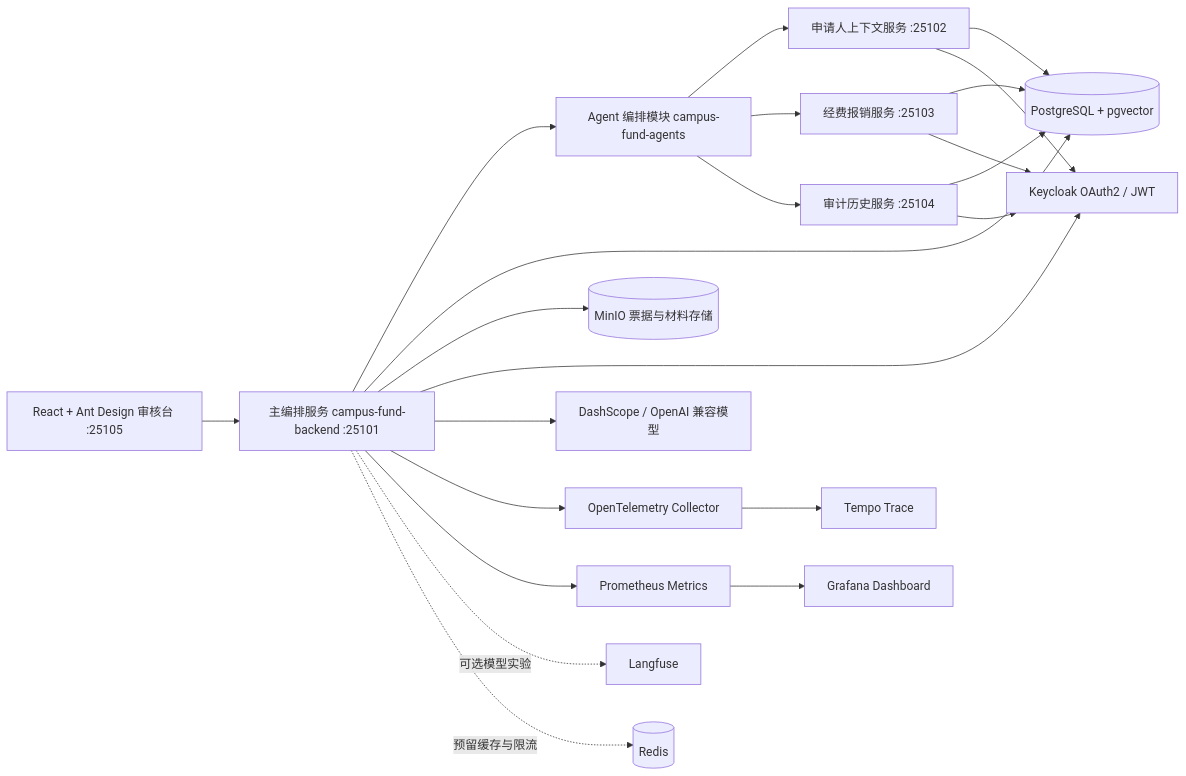
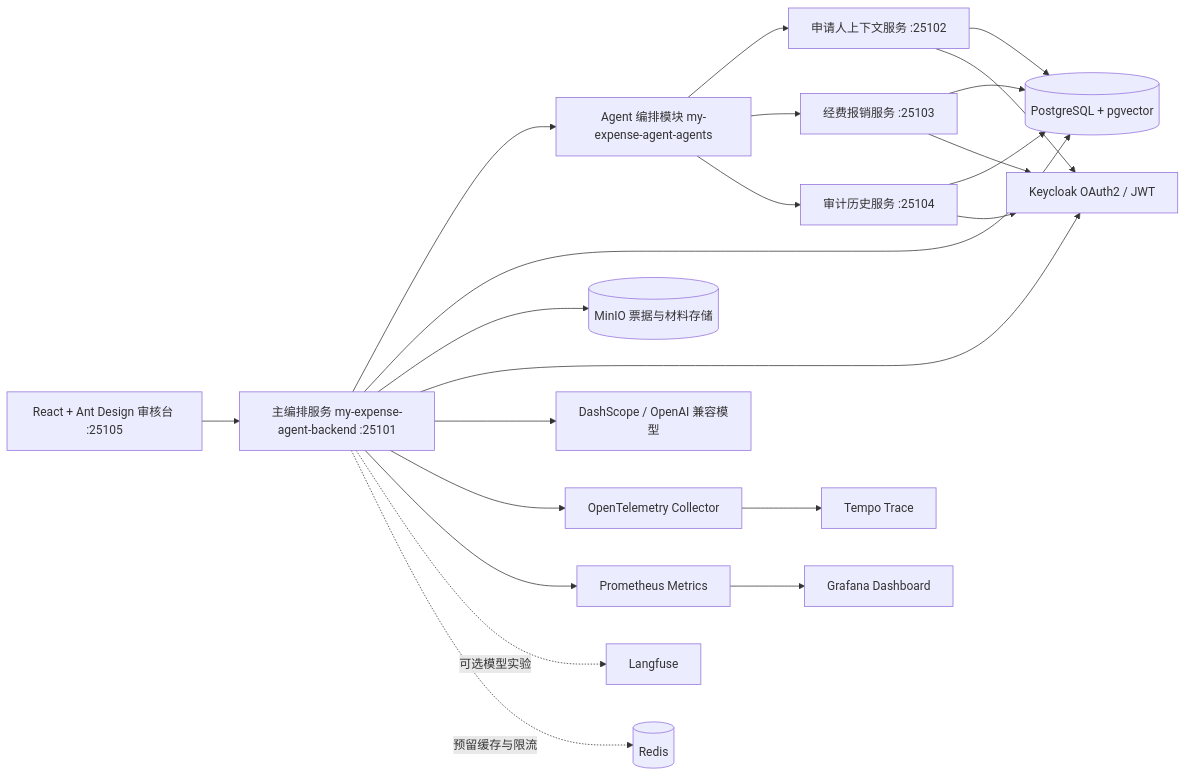
Before and after one commit to yangaobo0235/my-expense-agent: the diagram in README.md, drawn with Mermaid. The commit also changed other lines of this file and 81 other files, not shown here.

````diff
--- a/README.md
+++ b/README.md
@@ -49,29 +49,29 @@
 ```mermaid
 flowchart LR
-    Web["React + Ant Design 审核台 :25105"] --> Backend["主编排服务 campus-fund-backend :25101"]
+    Web["React + Ant Design 审核台 :25105"] --> Backend["主编排服务 my-expense-agent-backend :25101"]
 
-    Backend --> Agents["Agent 编排模块 campus-fund-agents"]
+    Backend --> Agents["Agent 编排模块 my-expense-agent-agents"]
     Agents --> Account["申请人上下文服务 :25102"]
     Agents --> Fund["经费报销服务 :25103"]
     Agents --> Audit["审计历史服务 :25104"]
 
     Backend --> DB[("PostgreSQL + pgvector")]
     Account --> DB
     Fund --> DB
     Audit --> DB
 
     Backend --> MinIO[("MinIO 票据与材料存储")]
     Backend --> Keycloak["Keycloak OAuth2 / JWT"]
     Account --> Keycloak
     Fund --> Keycloak
     Audit --> Keycloak
 
     Backend --> DashScope["DashScope / OpenAI 兼容模型"]
     Backend --> OTEL["OpenTelemetry Collector"]
     OTEL --> Tempo["Tempo Trace"]
     Backend --> Prometheus["Prometheus Metrics"]
     Prometheus --> Grafana["Grafana Dashboard"]
 
     Backend -. 可选模型实验 .-> Langfuse["Langfuse"]
     Backend -. 预留缓存与限流 .-> Redis[("Redis")]
 ```
````
